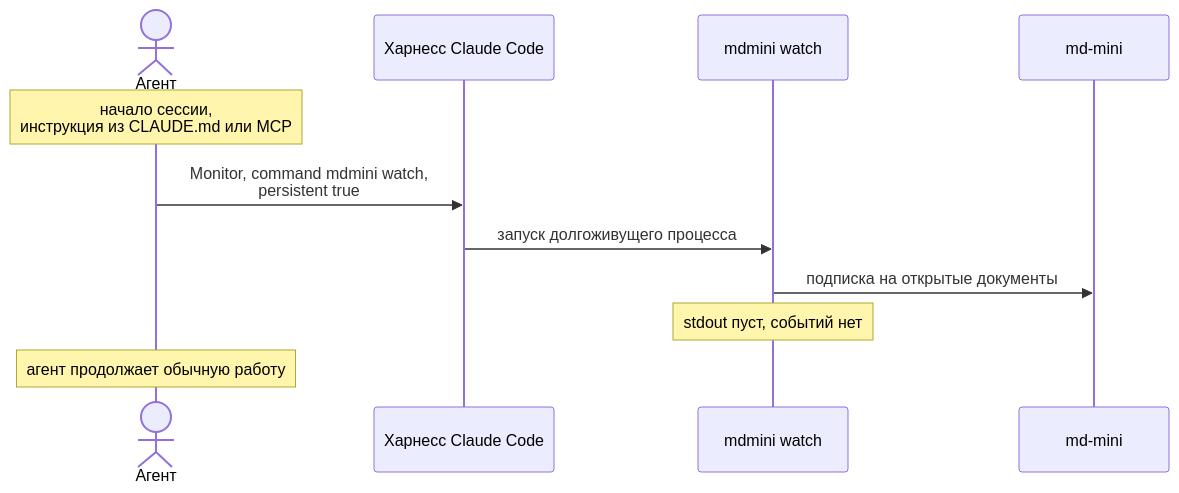
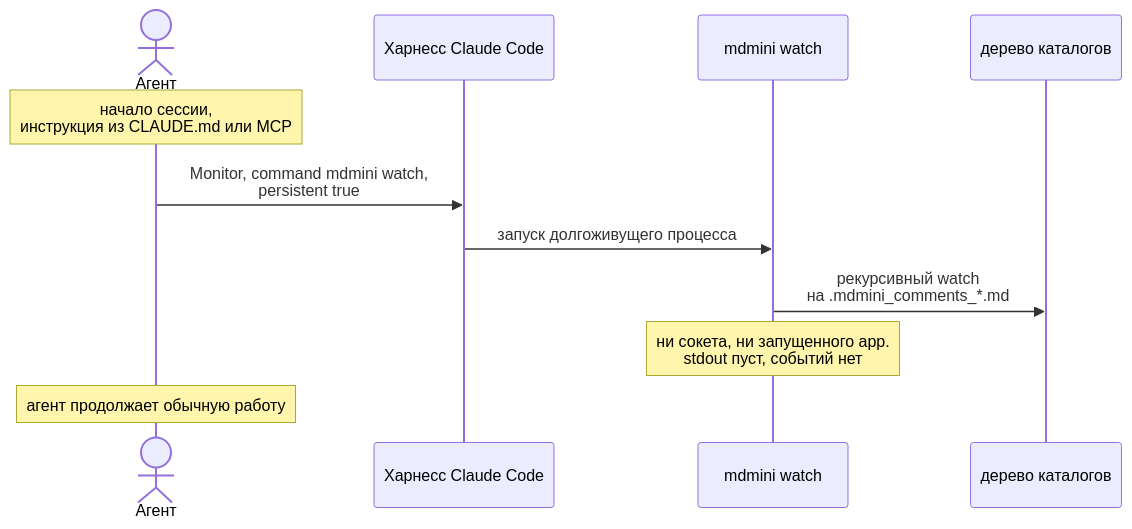
One commit to malinborn/mdmini changed the seventh of 14 diagrams in docs/superpowers/specs/2026-08-23-document-requests-design.md. Above: the diagram before and after it, drawn with Mermaid. The commit also changed other lines of this file, not shown here.

First line of the commit message:
docs: mdmini watch watches the file tree, not the running app

````diff
--- a/docs/superpowers/specs/2026-08-23-document-requests-design.md
+++ b/docs/superpowers/specs/2026-08-23-document-requests-design.md
@@ -259,14 +265,14 @@
 ```mermaid
 sequenceDiagram
     actor A as Агент
     participant K as Харнесс Claude Code
     participant C as mdmini watch
-    participant M as md-mini
+    participant D as дерево каталогов
 
     Note over A: начало сессии,<br/>инструкция из CLAUDE.md или MCP
     A->>K: Monitor, command mdmini watch,<br/>persistent true
     K->>C: запуск долгоживущего процесса
-    C->>M: подписка на открытые документы
-    Note over C: stdout пуст, событий нет
+    C->>D: рекурсивный watch<br/>на .mdmini_comments_*.md
+    Note over C: ни сокета, ни запущенного app.<br/>stdout пуст, событий нет
     Note over A: агент продолжает обычную работу
 ```
````
